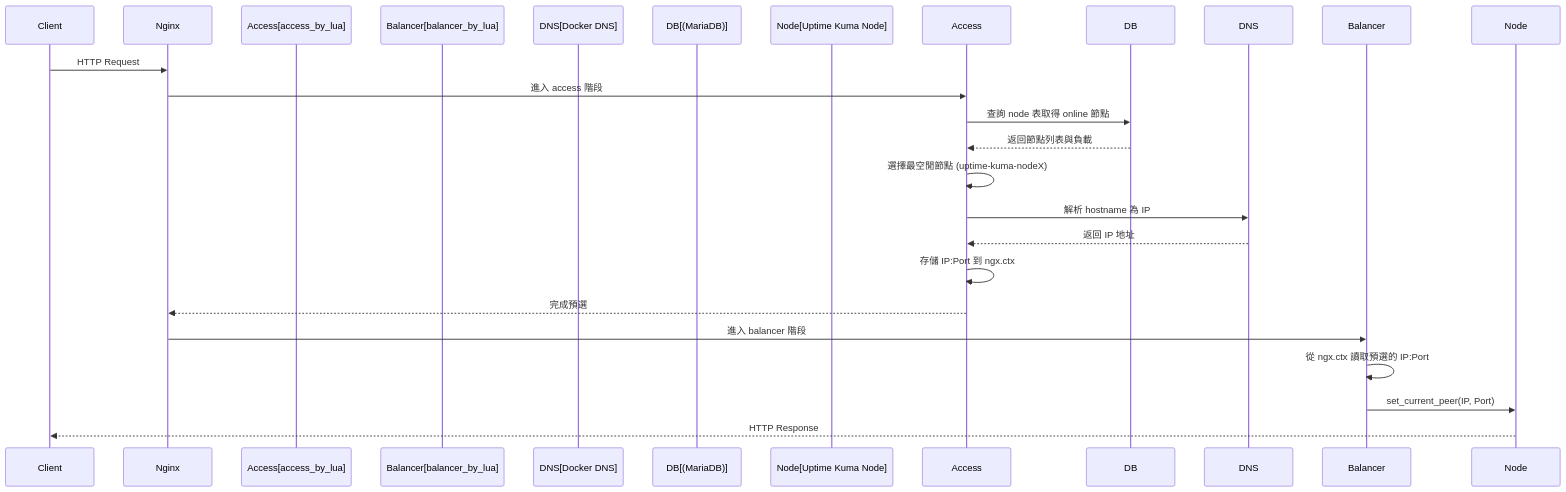
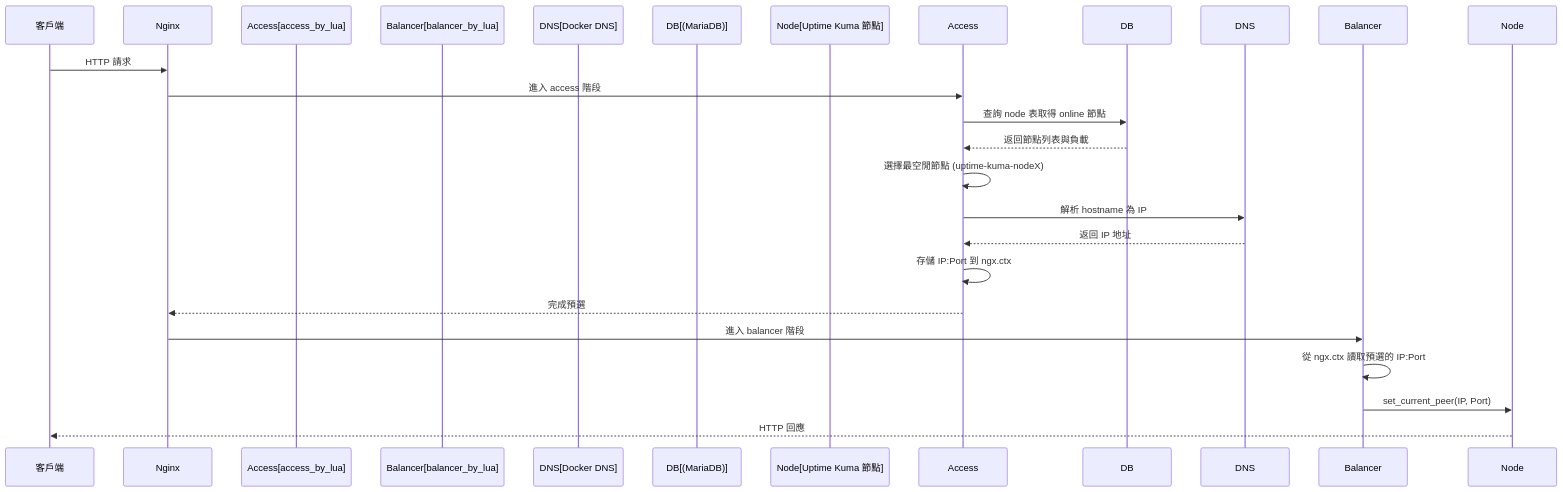
The second of 2 diagrams in README.md (markku636/uptime-kuma-cluster), drawn with Mermaid before and after one commit. The commit also changed other lines of this file and 1 other file, not shown here.

````diff
--- a/README.md
+++ b/README.md
@@ -382,24 +405,24 @@
 ```mermaid
 sequenceDiagram
-    participant Client
+    participant Client as 客戶端
     participant Nginx
     participant Access[access_by_lua]
     participant Balancer[balancer_by_lua]
     participant DNS[Docker DNS]
     participant DB[(MariaDB)]
-    participant Node[Uptime Kuma Node]
+    participant Node[Uptime Kuma 節點]
 
-    Client->>Nginx: HTTP Request
+    Client->>Nginx: HTTP 請求
     Nginx->>Access: 進入 access 階段
     Access->>DB: 查詢 node 表取得 online 節點
     DB-->>Access: 返回節點列表與負載
     Access->>Access: 選擇最空閒節點 (uptime-kuma-nodeX)
     Access->>DNS: 解析 hostname 為 IP
     DNS-->>Access: 返回 IP 地址
     Access->>Access: 存儲 IP:Port 到 ngx.ctx
     Access-->>Nginx: 完成預選
     Nginx->>Balancer: 進入 balancer 階段
     Balancer->>Balancer: 從 ngx.ctx 讀取預選的 IP:Port
     Balancer->>Node: set_current_peer(IP, Port)
-    Node-->>Client: HTTP Response
+    Node-->>Client: HTTP 回應
 ```
````
